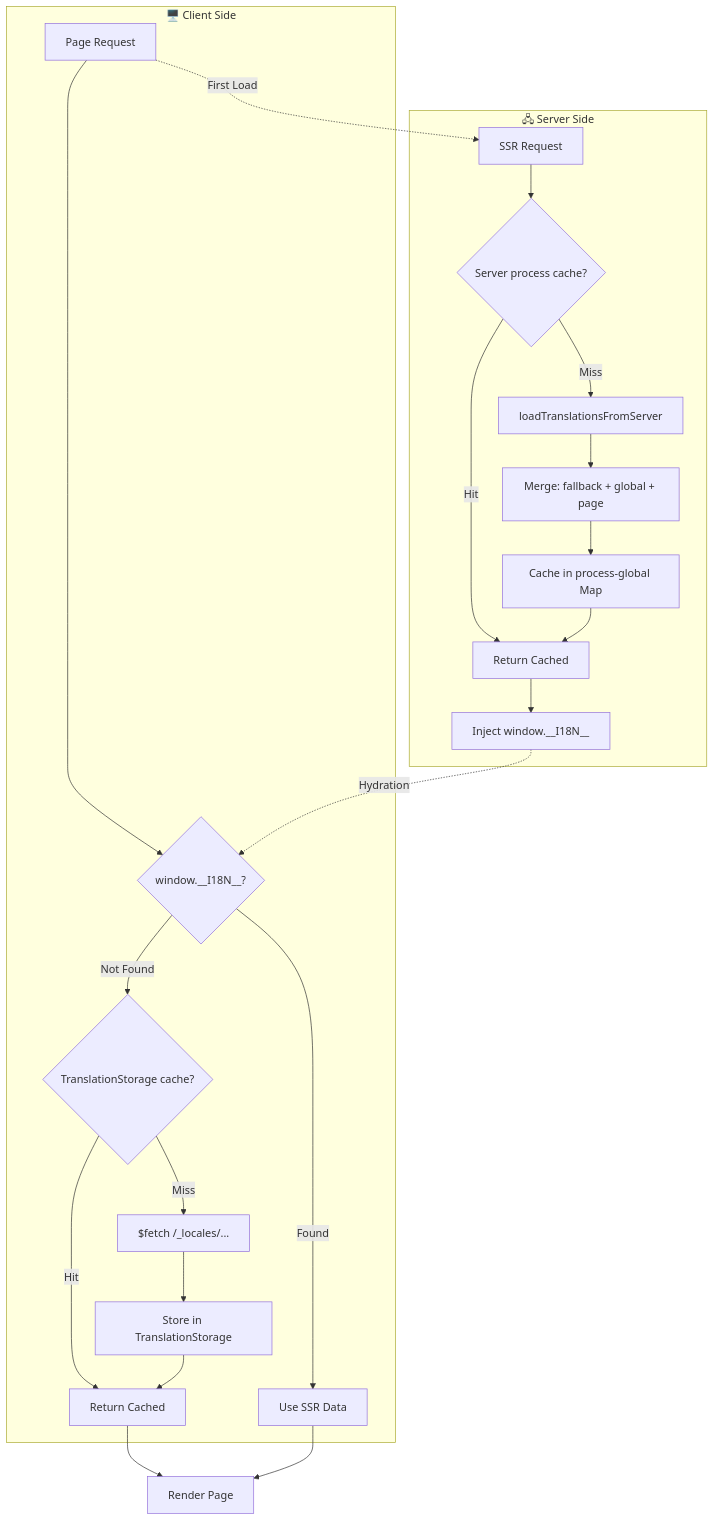
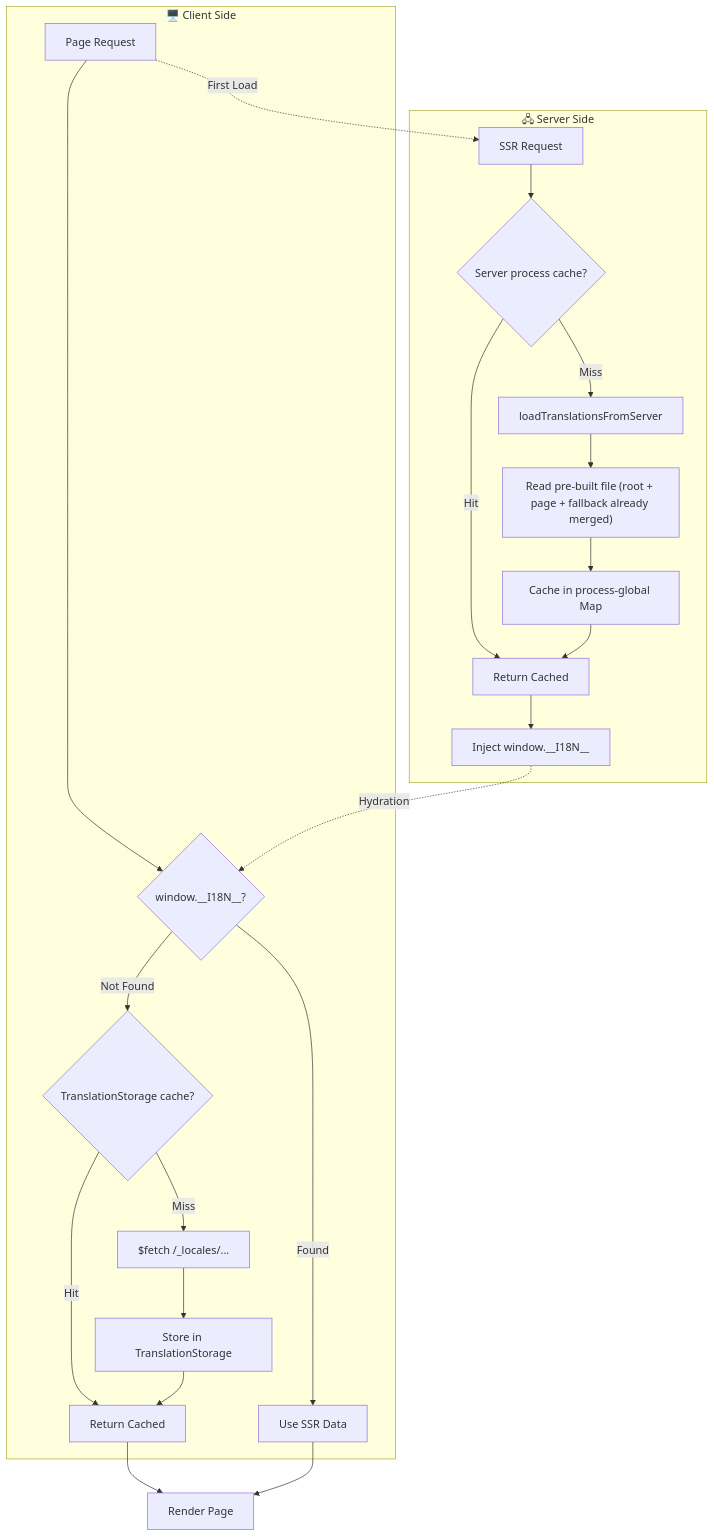
Before and after one commit to s00d/nuxt-i18n-micro: the second of 2 diagrams in docs/guide/getting-started.md, drawn with Mermaid. The commit also changed other lines of this file, not shown here.

````diff
--- a/docs/guide/getting-started.md
+++ b/docs/guide/getting-started.md
@@ -762,27 +741,27 @@
 ```mermaid
 flowchart TB
     subgraph Client["🖥️ Client Side"]
         A[Page Request] --> B{window.__I18N__?}
         B -->|Found| C[Use SSR Data]
         B -->|Not Found| D{TranslationStorage cache?}
         D -->|Hit| E[Return Cached]
         D -->|Miss| F["$fetch /_locales/..."]
         F --> G[Store in TranslationStorage]
         G --> E
     end
 
     subgraph Server["🖧 Server Side"]
         H[SSR Request] --> I{Server process cache?}
         I -->|Hit| J[Return Cached]
         I -->|Miss| K[loadTranslationsFromServer]
-        K --> L["Merge: fallback + global + page"]
+        K --> L["Read pre-built file (root + page + fallback already merged)"]
         L --> M[Cache in process-global Map]
         M --> J
         J --> N["Inject window.__I18N__"]
     end
 
     A -.->|First Load| H
     N -.->|Hydration| B
     E --> O[Render Page]
     C --> O
 ```
````
